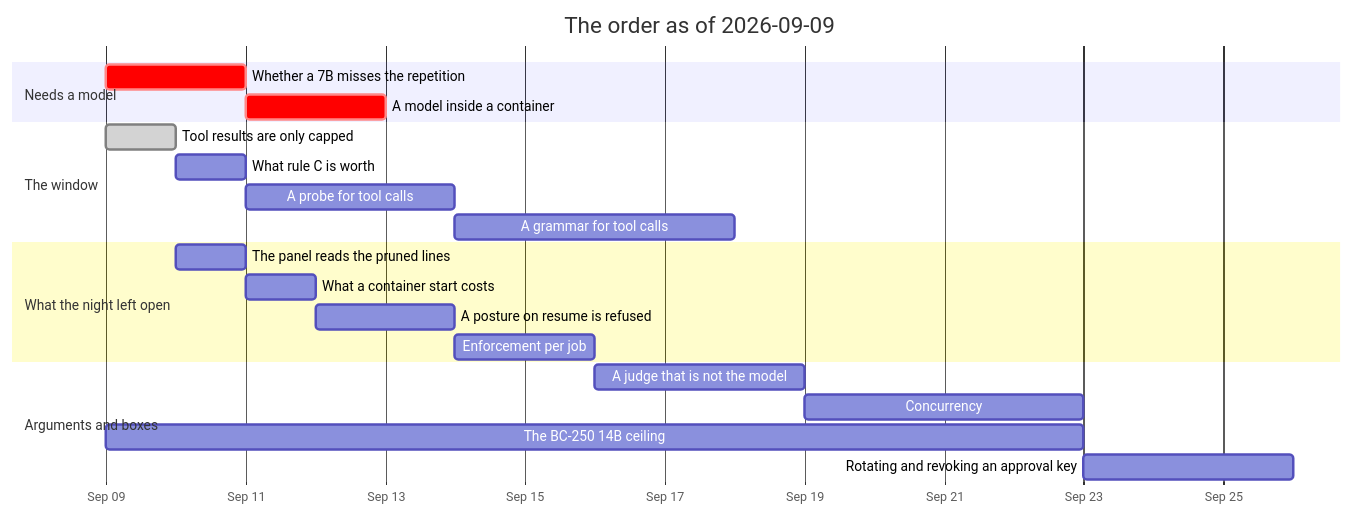
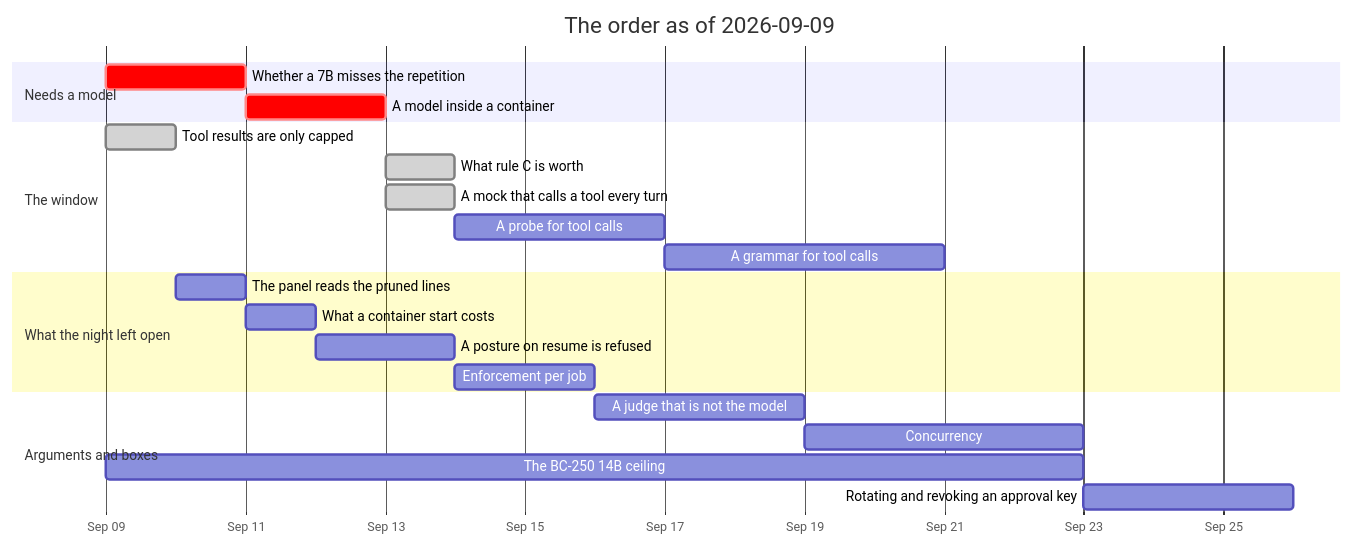
The diagram in ROADMAP/2026-09-09/README.md (jgermade/luu), drawn with Mermaid before and after one commit. The commit also changed other lines of this file and 7 other files, not shown here.

````diff
--- a/ROADMAP/2026-09-09/README.md
+++ b/ROADMAP/2026-09-09/README.md
@@ -84,24 +85,25 @@
 ```mermaid
 gantt
     title The order as of 2026-09-09
     dateFormat YYYY-MM-DD
     axisFormat %b %d
     section Needs a model
     Whether a 7B misses the repetition     :crit, rep, 2026-09-09, 2d
     A model inside a container             :crit, ctr, after rep, 2d
     section The window
     Tool results are only capped           :done, steps, 2026-09-09, 1d
-    What rule C is worth                   :worth, after steps, 1d
+    What rule C is worth                   :done, worth, 2026-09-13, 1d
+    A mock that calls a tool every turn    :done, mock, 2026-09-13, 1d
     A probe for tool calls                 :probe, after worth, 3d
     A grammar for tool calls               :gbnf, after probe, 4d
     section What the night left open
     The panel reads the pruned lines       :trace, after steps, 1d
     What a container start costs           :cost, after trace, 1d
     A posture on resume is refused         :posture, after cost, 2d
     Enforcement per job                    :enf, after posture, 2d
     section Arguments and boxes
     A judge that is not the model          :judge, after enf, 3d
     Concurrency                            :conc, after judge, 4d
     The BC-250 14B ceiling                 :bc250, 2026-09-09, 14d
     Rotating and revoking an approval key  :keys, after conc, 3d
 ```
````
